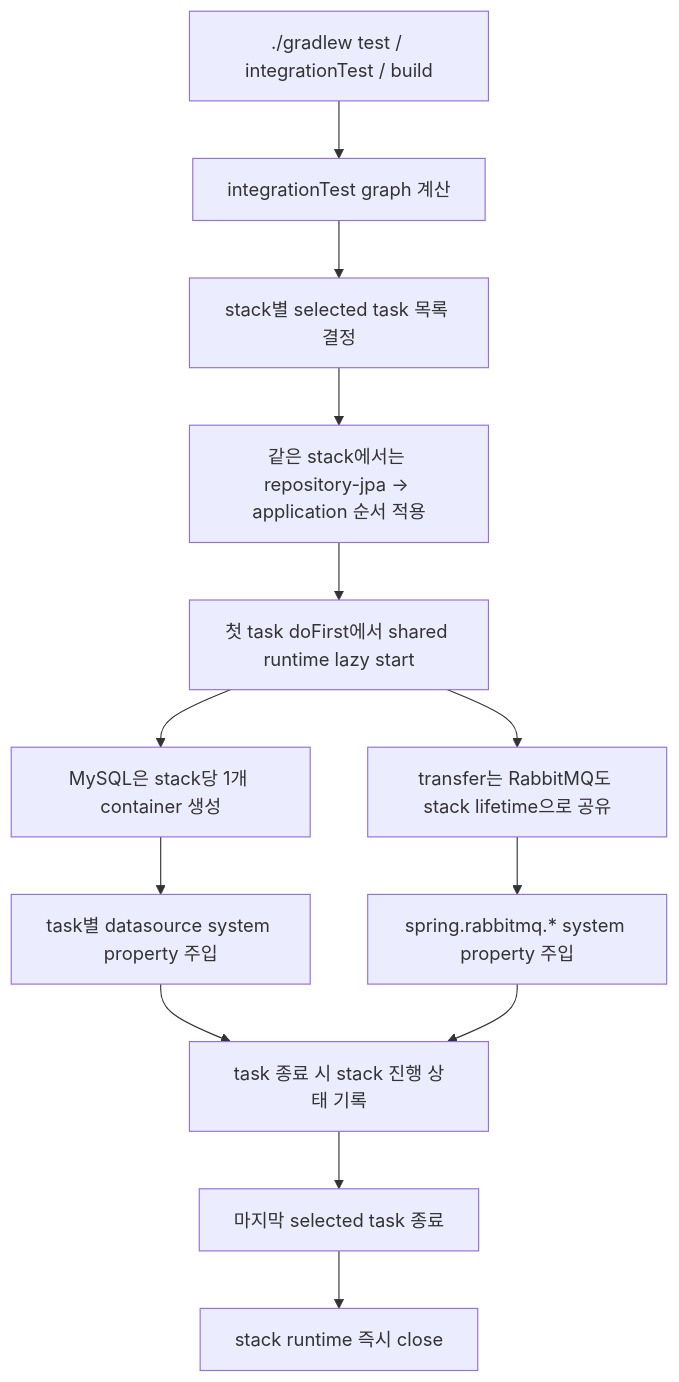
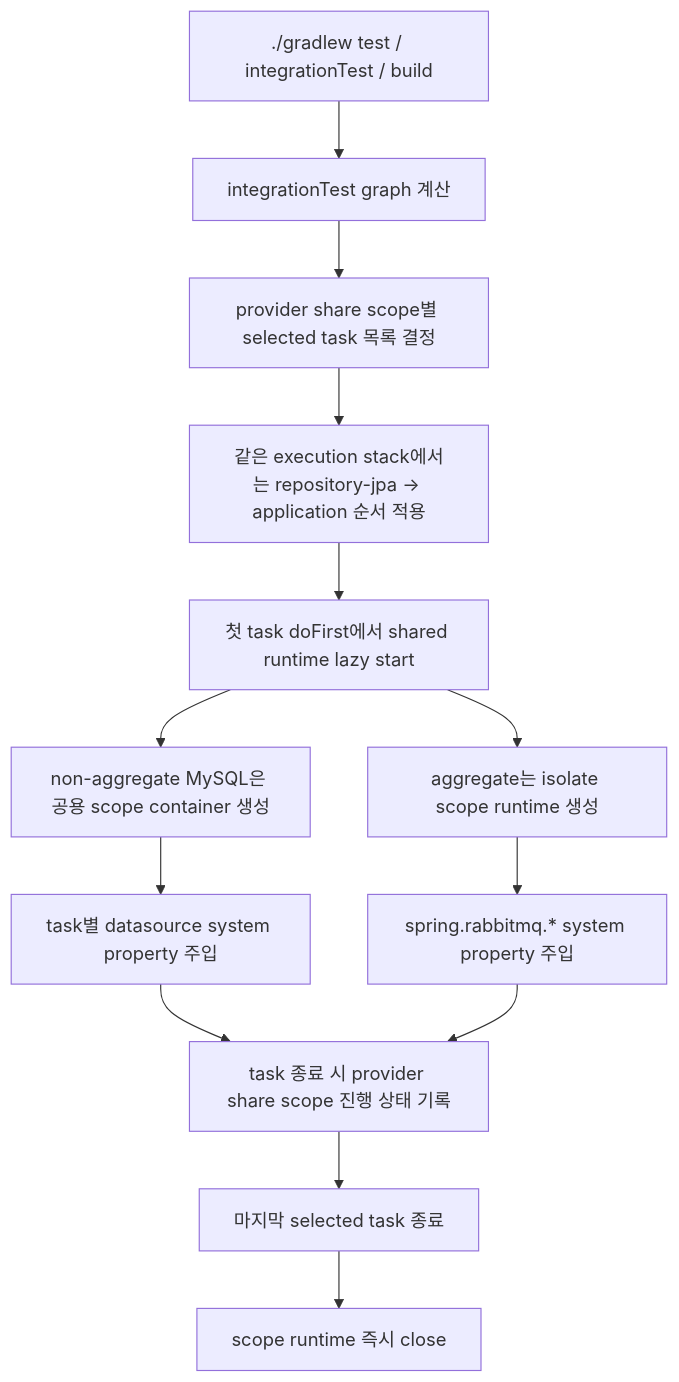
Before and after one commit to YeaChan05/Remittance: the diagram in docs/gradle-build-performance.md, drawn with Mermaid. The commit also changed other lines of this file and 12 other files, not shown here.

Commit message:
refactor(remittance): shared stack 구조에서 provider share scope 구조로 변경, 관련 테스트 및 설정 업데이트

````diff
--- a/docs/gradle-build-performance.md
+++ b/docs/gradle-build-performance.md
@@ -159,15 +163,15 @@
 ```mermaid
 flowchart TD
     A["./gradlew test / integrationTest / build"] --> B["integrationTest graph 계산"]
-    B --> C["stack별 selected task 목록 결정"]
-    C --> D["같은 stack에서는 repository-jpa -> application 순서 적용"]
+    B --> C["provider share scope별 selected task 목록 결정"]
+    C --> D["같은 execution stack에서는 repository-jpa -> application 순서 적용"]
     D --> E["첫 task doFirst에서 shared runtime lazy start"]
-    E --> F["MySQL은 stack당 1개 container 생성"]
-    E --> G["transfer는 RabbitMQ도 stack lifetime으로 공유"]
+    E --> F["non-aggregate MySQL은 공용 scope container 생성"]
+    E --> G["aggregate는 isolate scope runtime 생성"]
     F --> H["task별 datasource system property 주입"]
     G --> I["spring.rabbitmq.* system property 주입"]
-    H --> J["task 종료 시 stack 진행 상태 기록"]
+    H --> J["task 종료 시 provider share scope 진행 상태 기록"]
     I --> J
     J --> K["마지막 selected task 종료"]
-    K --> L["stack runtime 즉시 close"]
+    K --> L["scope runtime 즉시 close"]
 ```
````
